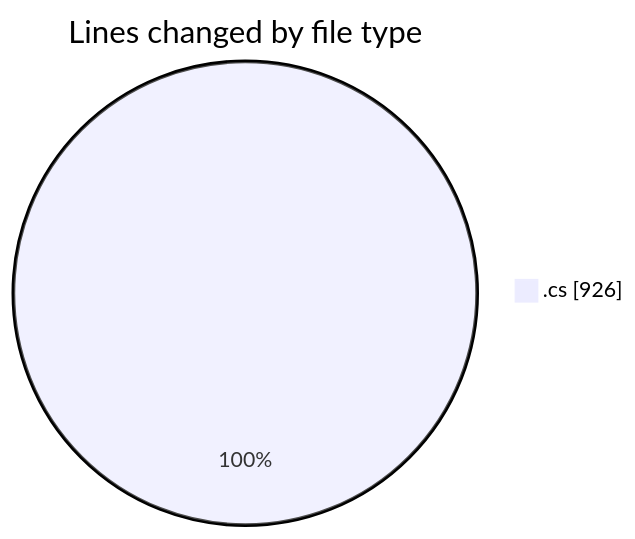
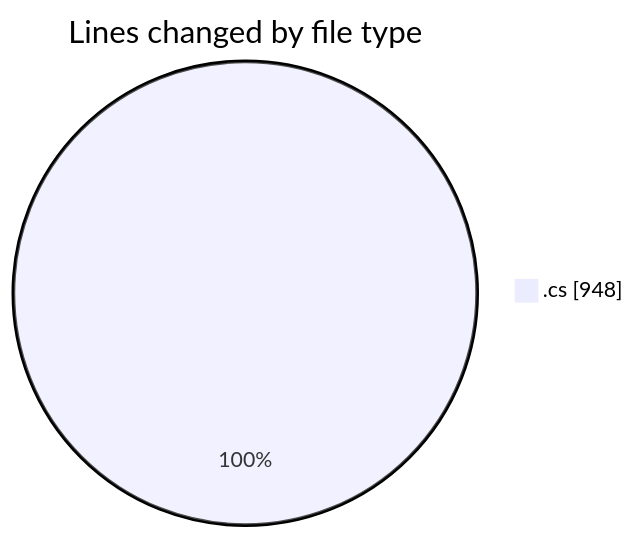
Before and after one commit to Netris89/code-tracking: the first of 2 diagrams in 2025-03-27/back-end/README.md, drawn with Mermaid. The commit also changed other lines of this file and 1 other file, not shown here.

````diff
--- a/2025-03-27/back-end/README.md
+++ b/2025-03-27/back-end/README.md
@@ -28,5 +28,5 @@
 ```mermaid
 pie showData
 title Lines changed by file type
-".cs" : 926
+".cs" : 948
 ```
````
